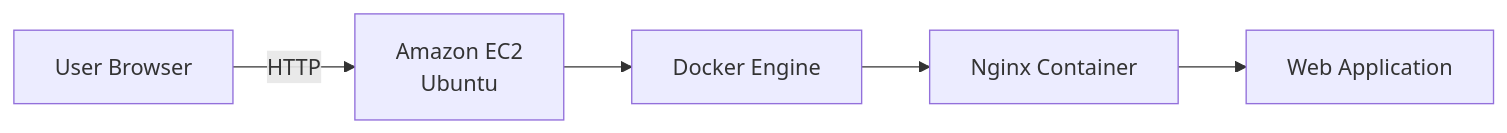
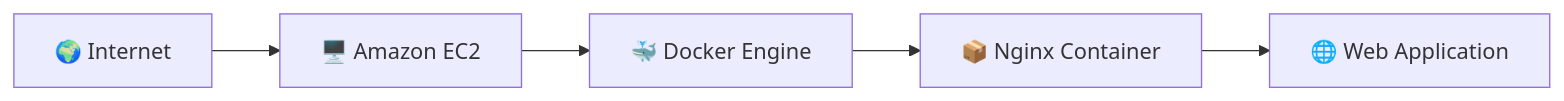
One commit to ChanduVattikulla/aws-cloud-projects changed the diagram in Task-4-Docker-on-EC2/README.md. Above: the diagram before and after it, drawn with Mermaid. The commit also changed other lines of this file and 3 other files, not shown here.

````diff
--- a/Task-4-Docker-on-EC2/README.md
+++ b/Task-4-Docker-on-EC2/README.md
@@ -28,13 +60,13 @@
 ```mermaid
 flowchart LR
-    U[User Browser]
-    EC2[Amazon EC2<br/>Ubuntu]
-    D[Docker Engine]
-    C[Nginx Container]
-    W[Web Application]
 
-    U -->|HTTP| EC2
-    EC2 --> D
-    D --> C
-    C --> W
+A[🌍 Internet]
+--> B[🖥️ Amazon EC2]
+
+B --> C[🐳 Docker Engine]
+
+C --> D[📦 Nginx Container]
+
+D --> E[🌐 Web Application]
+
 ```
````
